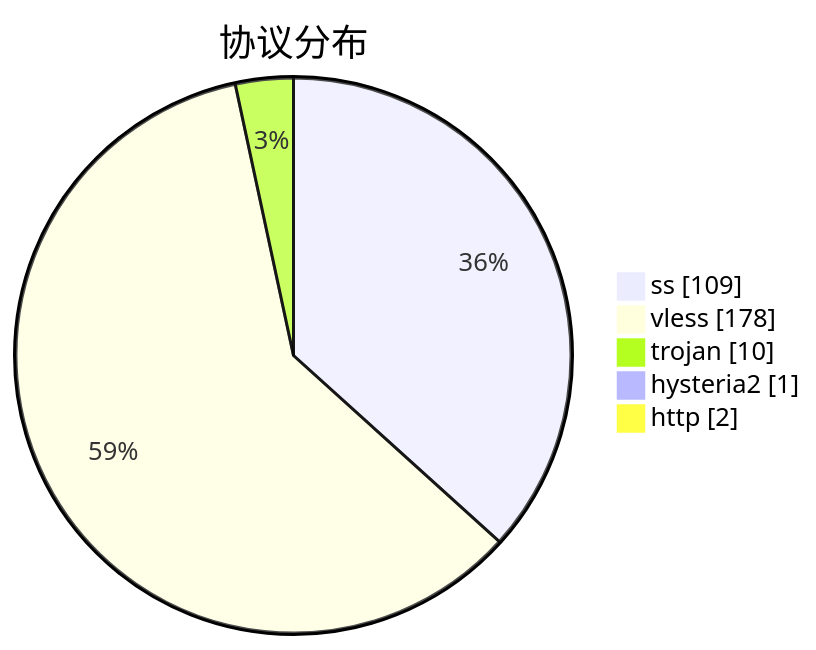
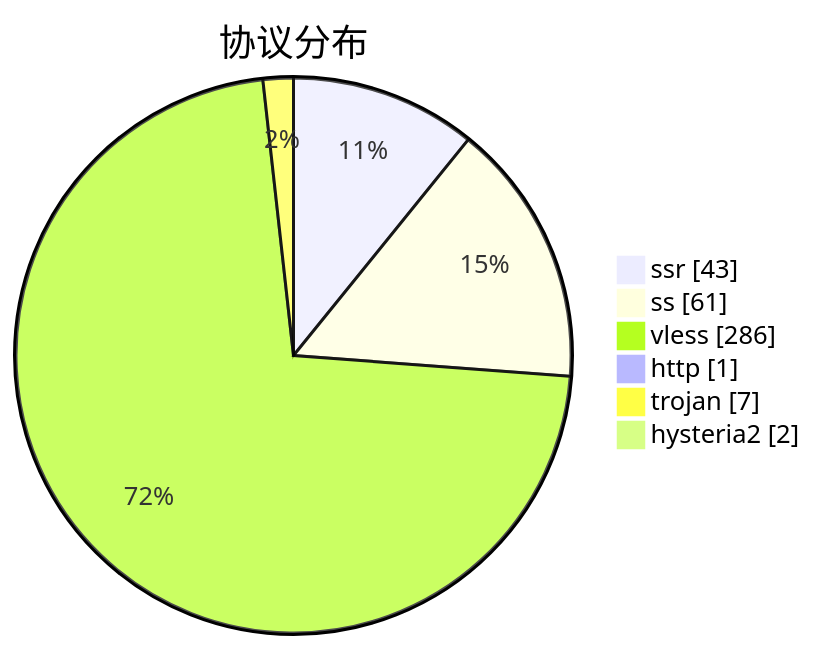
Before and after one commit to qjlxg/airport: the third of 3 diagrams in subs/statistics/tested_within.md, drawn with Mermaid. The commit also changed other lines of this file and 2 other files, not shown here.

````diff
--- a/subs/statistics/tested_within.md
+++ b/subs/statistics/tested_within.md
@@ -19,9 +19,10 @@
 ```mermaid
 pie showData
 title 协议分布
-"ss" : 109
-"vless" : 178
-"trojan" : 10
-"hysteria2" : 1
-"http" : 2
+"ssr" : 43
+"ss" : 61
+"vless" : 286
+"http" : 1
+"trojan" : 7
+"hysteria2" : 2
 ```
````
